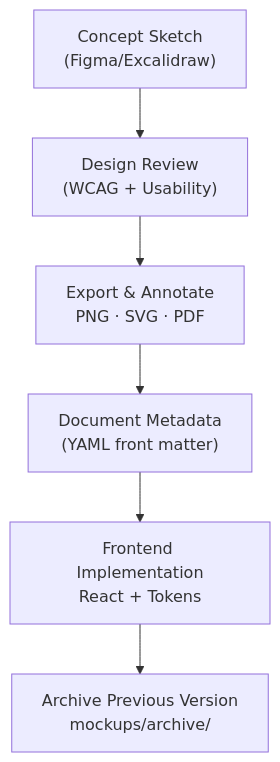
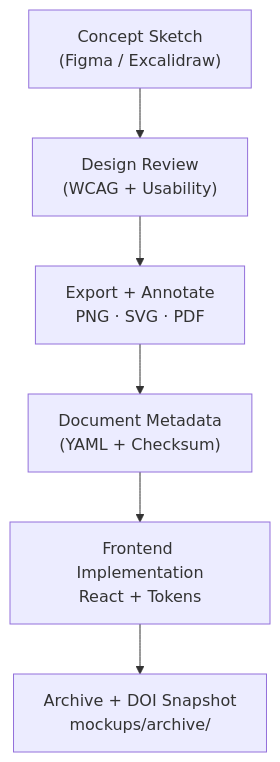
Before and after one commit to bartytime4life/Kansas-Frontier-Matrix: the first of 2 diagrams in docs/design/mockups/README.md, drawn with Mermaid. The commit also changed other lines of this file, not shown here.

````diff
--- a/docs/design/mockups/README.md
+++ b/docs/design/mockups/README.md
@@ -103,8 +110,8 @@
 ```mermaid
 flowchart TD
-  A["Concept Sketch\n(Figma/Excalidraw)"] --> B["Design Review\n(WCAG + Usability)"]
-  B --> C["Export & Annotate\nPNG · SVG · PDF"]
-  C --> D["Document Metadata\n(YAML front matter)"]
+  A["Concept Sketch\n(Figma / Excalidraw)"] --> B["Design Review\n(WCAG + Usability)"]
+  B --> C["Export + Annotate\nPNG · SVG · PDF"]
+  C --> D["Document Metadata\n(YAML + Checksum)"]
   D --> E["Frontend Implementation\nReact + Tokens"]
-  E --> F["Archive Previous Version\nmockups/archive/"]
+  E --> F["Archive + DOI Snapshot\nmockups/archive/"]
 ```
````
